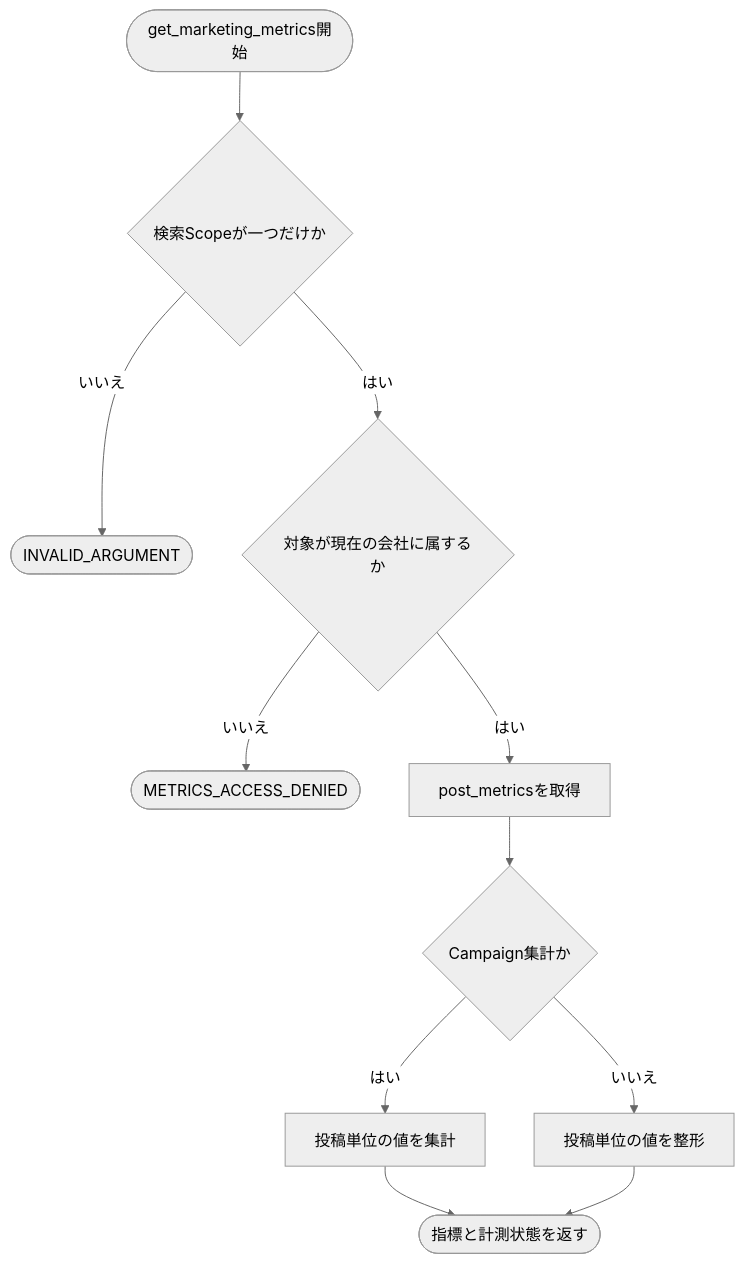
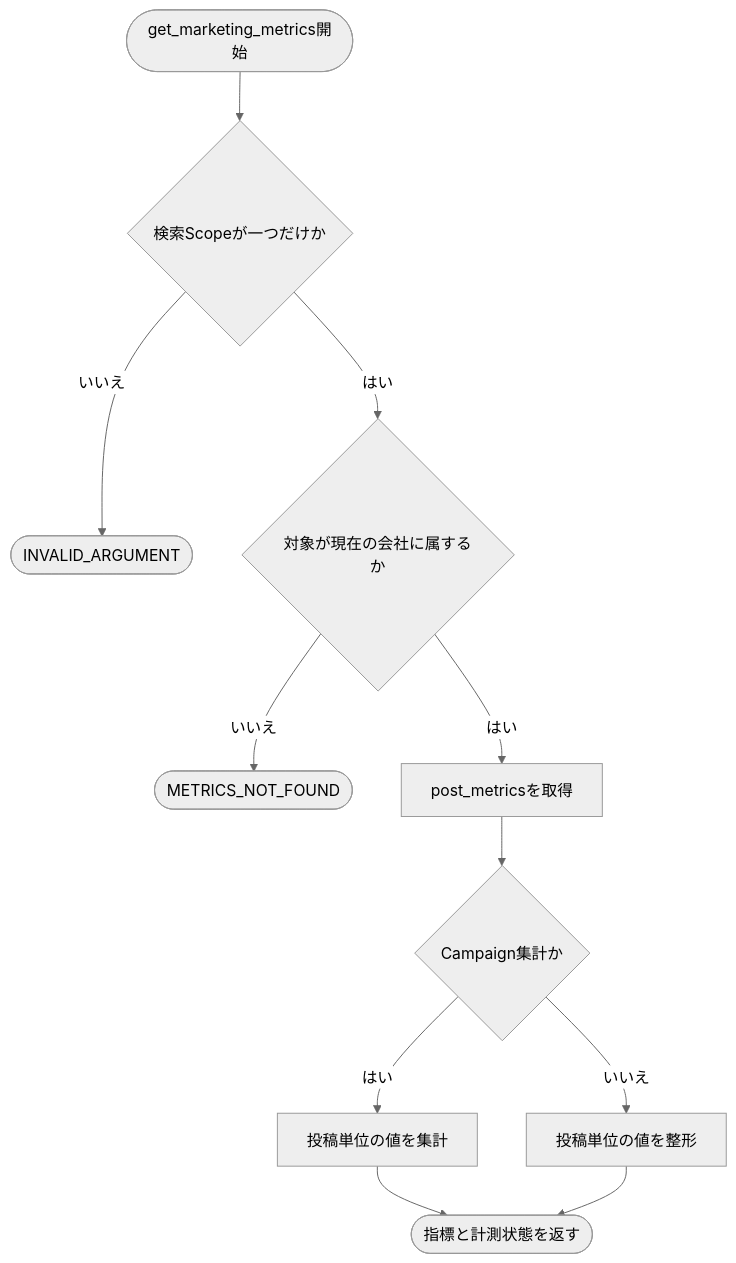
Diagram 12 of 19 in docs/v.0.1/AGENT_DESIGN.md (nishimura-yuma77/hiromeru), drawn with Mermaid (neutral theme) before and after one commit. The commit also changed other lines of this file and 4 other files, not shown here.

````diff
--- a/docs/v.0.1/AGENT_DESIGN.md
+++ b/docs/v.0.1/AGENT_DESIGN.md
@@ -434,13 +440,13 @@
 ```mermaid
 flowchart TD
     START([get_marketing_metrics開始]) --> VALIDATE{検索Scopeが一つだけか}
     VALIDATE -- いいえ --> END_INVALID([INVALID_ARGUMENT])
     VALIDATE -- はい --> AUTHORIZE{対象が現在の会社に属するか}
-    AUTHORIZE -- いいえ --> END_FORBIDDEN([METRICS_ACCESS_DENIED])
+    AUTHORIZE -- いいえ --> END_NOT_FOUND([METRICS_NOT_FOUND])
     AUTHORIZE -- はい --> LOAD[post_metricsを取得]
     LOAD --> SCOPE{Campaign集計か}
     SCOPE -- はい --> AGGREGATE[投稿単位の値を集計]
     SCOPE -- いいえ --> SINGLE[投稿単位の値を整形]
     AGGREGATE --> END_OK([指標と計測状態を返す])
     SINGLE --> END_OK
 ```
````
